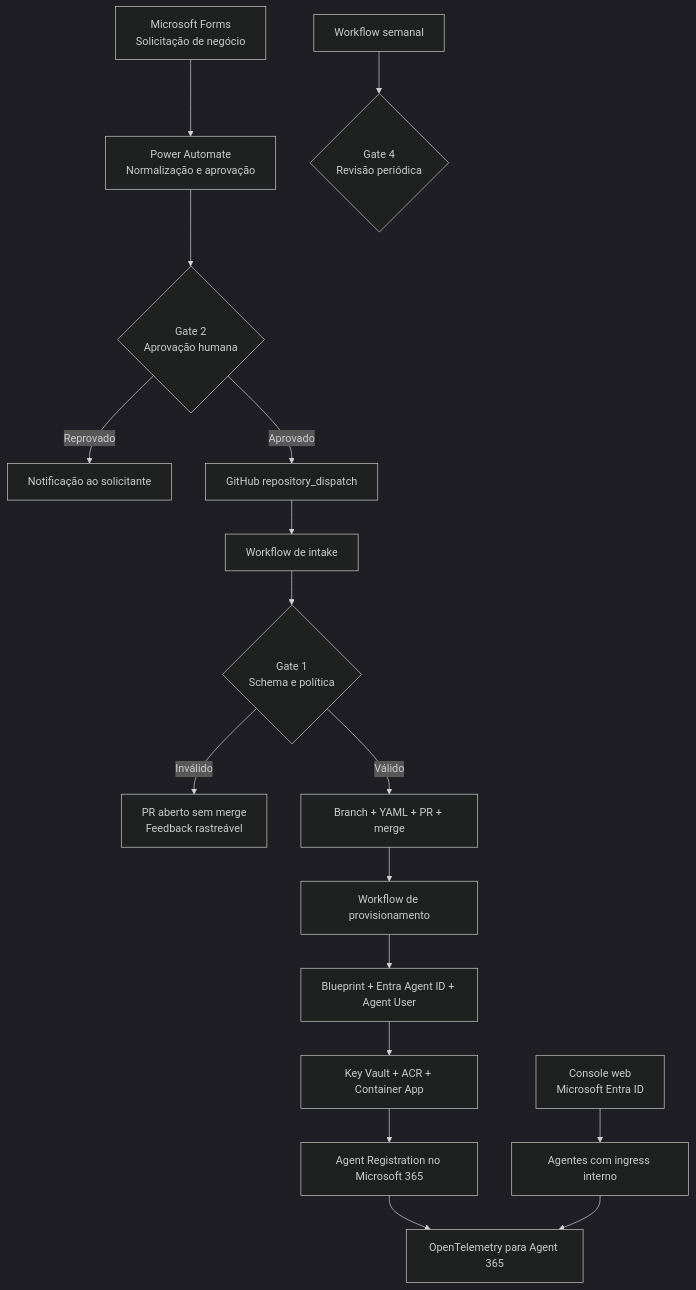
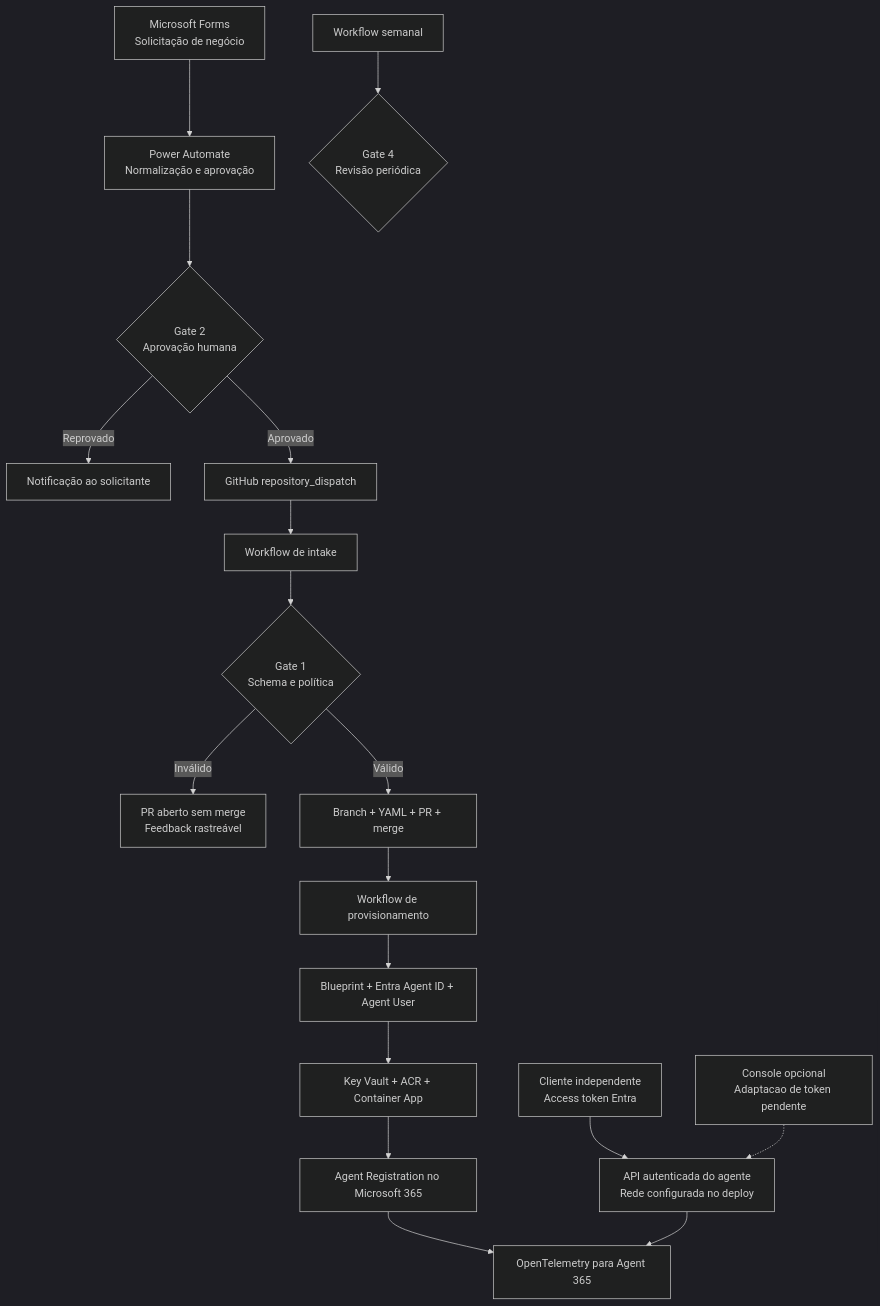
One commit to brunofreitas-br/a365-agent-factory-reference changed the diagram in README.md. Above: the diagram before and after it, drawn with Mermaid (dark theme). The commit also changed other lines of this file and 14 other files, not shown here.

Commit message:
feat: secure agent API and add Entra OBO

````diff
--- a/README.md
+++ b/README.md
@@ -45,19 +53,20 @@
 ```mermaid
 flowchart TD
     A[Microsoft Forms<br/>Solicitação de negócio] --> B[Power Automate<br/>Normalização e aprovação]
     B --> C{Gate 2<br/>Aprovação humana}
     C -->|Reprovado| D[Notificação ao solicitante]
     C -->|Aprovado| E[GitHub repository_dispatch]
     E --> F[Workflow de intake]
     F --> G{Gate 1<br/>Schema e política}
     G -->|Inválido| H[PR aberto sem merge<br/>Feedback rastreável]
     G -->|Válido| I[Branch + YAML + PR + merge]
     I --> J[Workflow de provisionamento]
     J --> K[Blueprint + Entra Agent ID + Agent User]
     K --> L[Key Vault + ACR + Container App]
     L --> M[Agent Registration no Microsoft 365]
     M --> N[OpenTelemetry para Agent 365]
-    O[Console web<br/>Microsoft Entra ID] --> N1[Agentes com ingress interno]
+    C1[Cliente independente<br/>Access token Entra] --> N1[API autenticada do agente<br/>Rede configurada no deploy]
+    O[Console opcional<br/>Adaptacao de token pendente] -.-> N1
     N1 --> N
     P[Workflow semanal] --> Q{Gate 4<br/>Revisão periódica}
 ```
````
